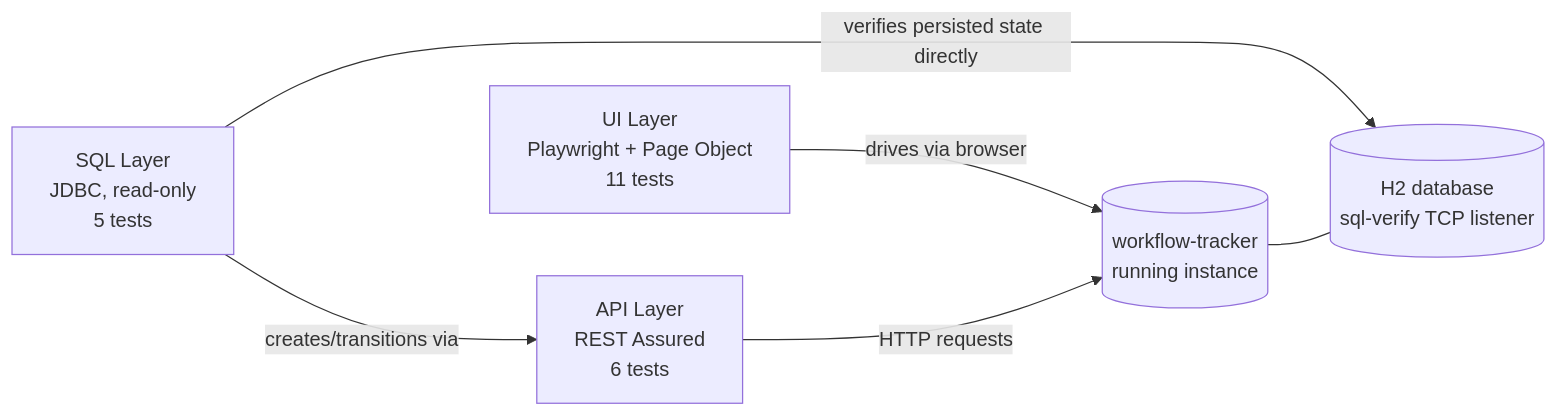
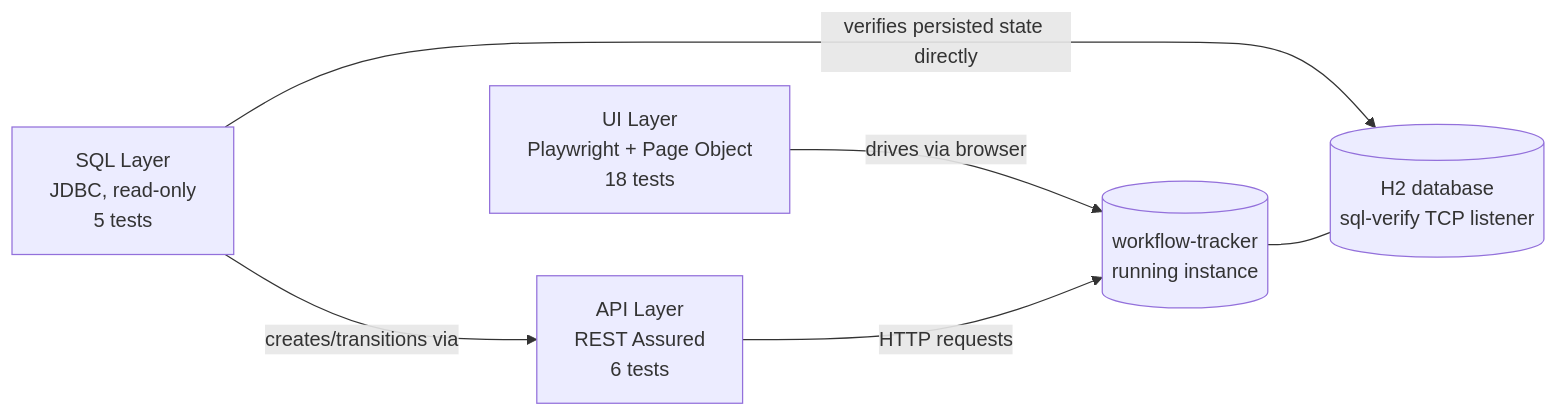
The first of 2 diagrams in README.md (frankfulcomer/workflow-tracker-tests), drawn with Mermaid before and after one commit. The commit also changed other lines of this file and 8 other files, not shown here.

````diff
--- a/README.md
+++ b/README.md
@@ -17,8 +17,8 @@
 ```mermaid
 flowchart LR
-    UI["UI Layer<br/>Playwright + Page Object<br/>11 tests"] -->|drives via browser| App[("workflow-tracker<br/>running instance")]
+    UI["UI Layer<br/>Playwright + Page Object<br/>18 tests"] -->|drives via browser| App[("workflow-tracker<br/>running instance")]
     API["API Layer<br/>REST Assured<br/>6 tests"] -->|HTTP requests| App
     SQL["SQL Layer<br/>JDBC, read-only<br/>5 tests"] -->|creates/transitions via| API
     SQL -->|verifies persisted state directly| DB[("H2 database<br/>sql-verify TCP listener")]
     App --- DB
 ```
````
